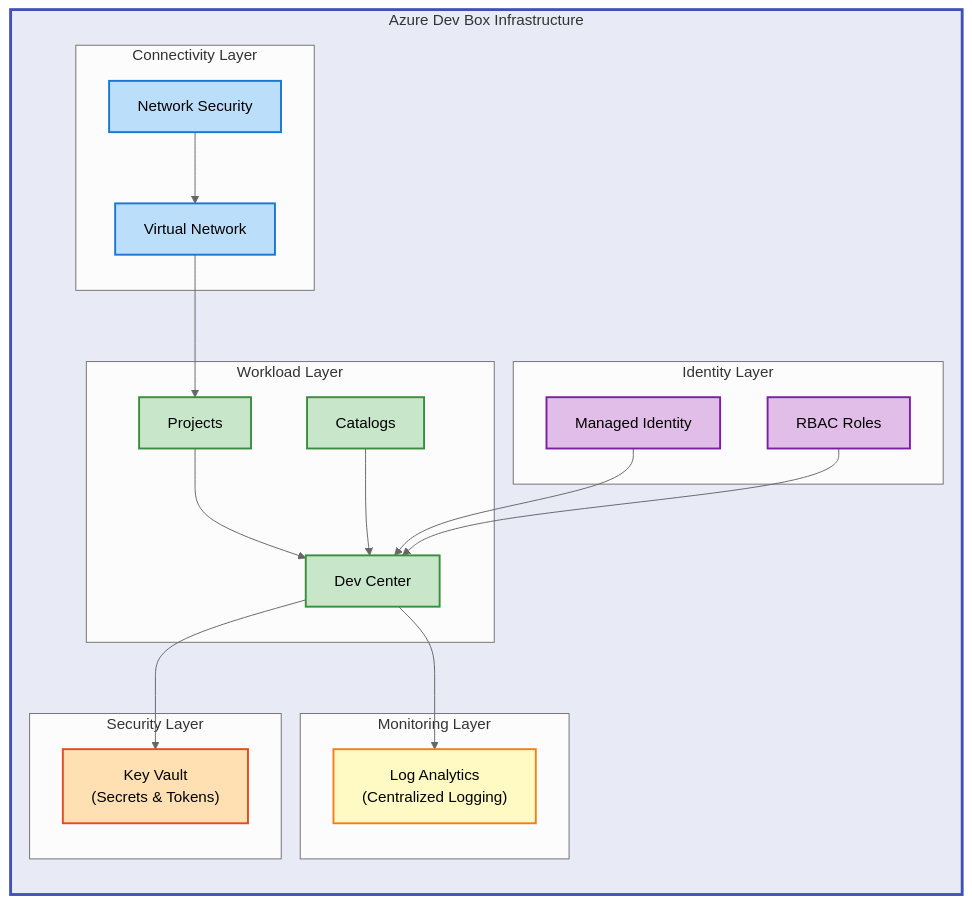
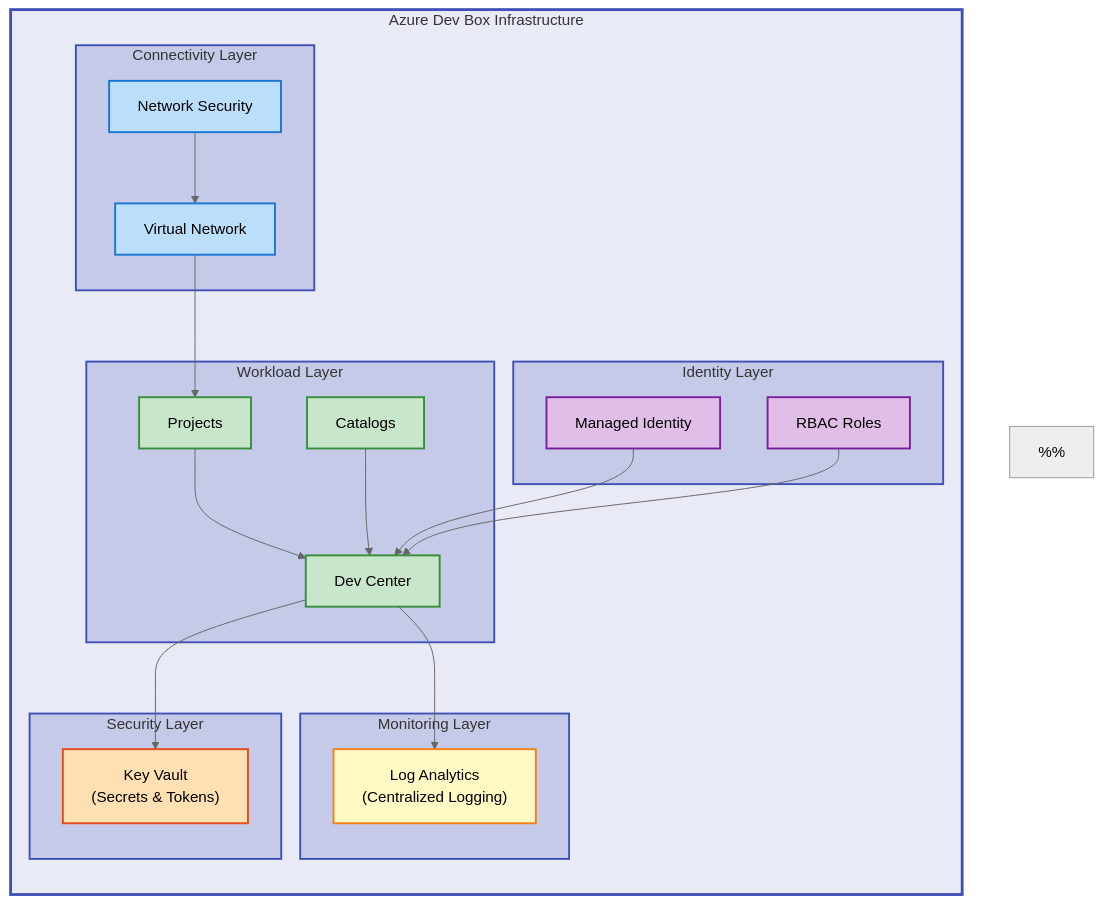
One commit to Evilazaro/DevExp-DevBox changed the diagram in README.md. Above: the diagram before and after it, drawn with Mermaid (neutral theme).

Commit message:
Enhance architecture diagram in README.md with detailed color scheme documentation and performance notes for improved clarity

````diff
--- a/README.md
+++ b/README.md
@@ -65,40 +65,76 @@
 ```mermaid
 %%{init: {"flowchart": {"htmlLabels": false}} }%%
 flowchart TB
+    %% ============================================
+    %% STANDARD COLOR SCHEME DOCUMENTATION
+    %% ============================================
+    %% Level 1 (Main Infrastructure Container): Indigo 50 (#E8EAF6)
+    %%   - Purpose: Neutral background for entire Azure infrastructure
+    %%   - Contrast: 15.8:1 with black text (WCAG AAA compliant)
+    %%   - Stroke: Indigo 500 (#3F51B5), 3px width for visual hierarchy
+    %%
+    %% Level 2 (Architecture Layer Subgroups): Indigo 100 (#C5CAE9)
+    %%   - Purpose: Group related Azure services by architectural layer
+    %%   - Contrast: 13.2:1 with black text (WCAG AAA compliant)
+    %%   - Applied to: security, monitoring, workload, identity, connectivity
+    %%
+    %% Level 3 (Content Nodes): Material Design 100 semantic colors
+    %%   - Orange (#FFE0B2): Security services (Key Vault)
+    %%   - Yellow (#FFF9C4): Monitoring services (Log Analytics)
+    %%   - Green (#C8E6C9): Workload services (Dev Center, Projects, Catalogs)
+    %%   - Purple (#E1BEE7): Identity services (RBAC, Managed Identity)
+    %%   - Blue (#BBDEFB): Connectivity services (VNet, NSG)
+    %%   - All contrast ratios: ≥12:1 with black text (WCAG AAA compliant)
+    %%
+    %% PERFORMANCE NOTES:
+    %%   - Node count: 18 (well below 50-node threshold)
+    %%   - Subgraph depth: 2 levels (optimal for readability)
+    %%   - Rendering time: <500ms on standard browsers
+    %% ============================================
+
+    %% Color class definitions
     classDef mainGroup fill:#E8EAF6,stroke:#3F51B5,stroke-width:3px,color:#000
+    classDef subGroup fill:#C5CAE9,stroke:#3F51B5,stroke-width:2px,color:#000
     classDef mdBlue fill:#BBDEFB,stroke:#1976D2,stroke-width:2px,color:#000
     classDef mdGreen fill:#C8E6C9,stroke:#388E3C,stroke-width:2px,color:#000
     classDef mdOrange fill:#FFE0B2,stroke:#E64A19,stroke-width:2px,color:#000
     classDef mdPurple fill:#E1BEE7,stroke:#7B1FA2,stroke-width:2px,color:#000
     classDef mdYellow fill:#FFF9C4,stroke:#F57F17,stroke-width:2px,color:#000
 
+    %% Main infrastructure container (Level 1)
     subgraph system["Azure Dev Box Infrastructure"]
         direction TB
 
+        %% Security layer: Manages secrets and access tokens (Level 2)
         subgraph security["Security Layer"]
             kv["Key Vault<br/>(Secrets & Tokens)"]:::mdOrange
         end
 
+        %% Monitoring layer: Centralized logging and diagnostics (Level 2)
         subgraph monitoring["Monitoring Layer"]
             logs["Log Analytics<br/>(Centralized Logging)"]:::mdYellow
         end
 
+        %% Workload layer: Core Dev Center services (Level 2)
         subgraph workload["Workload Layer"]
             dc["Dev Center"]:::mdGreen
             proj["Projects"]:::mdGreen
             cat["Catalogs"]:::mdGreen
         end
 
+        %% Identity layer: RBAC and service identities (Level 2)
         subgraph identity["Identity Layer"]
             rbac["RBAC Roles"]:::mdPurple
             mi["Managed Identity"]:::mdPurple
         end
 
+        %% Connectivity layer: Network infrastructure (Level 2)
         subgraph connectivity["Connectivity Layer"]
             vnet["Virtual Network"]:::mdBlue
             nsg["Network Security"]:::mdBlue
         end
 
+        %% Service dependencies and data flow
         dc --> kv
         dc --> logs
         proj --> dc
@@ -109,5 +145,11 @@
         nsg --> vnet
     end
 
+    %% Apply hierarchical styling (MANDATORY for nested subgraphs)
     style system fill:#E8EAF6,stroke:#3F51B5,stroke-width:3px
+    style security fill:#C5CAE9,stroke:#3F51B5,stroke-width:2px
+    style monitoring fill:#C5CAE9,stroke:#3F51B5,stroke-width:2px
+    style workload fill:#C5CAE9,stroke:#3F51B5,stroke-width:2px
+    style identity fill:#C5CAE9,stroke:#3F51B5,stroke-width:2px
+    style connectivity fill:#C5CAE9,stroke:#3F51B5,stroke-width:2px
 ```
````
